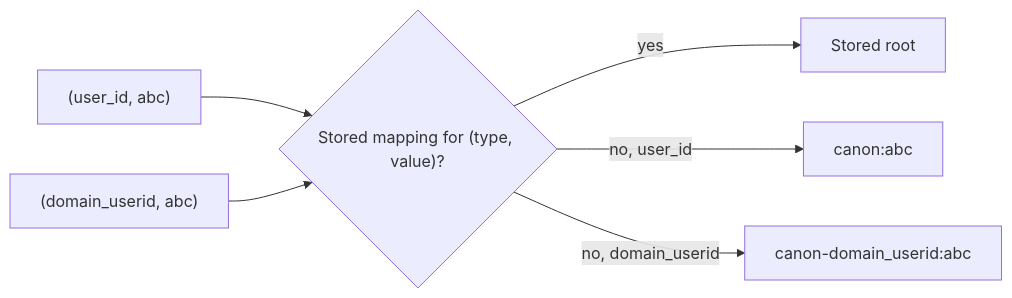
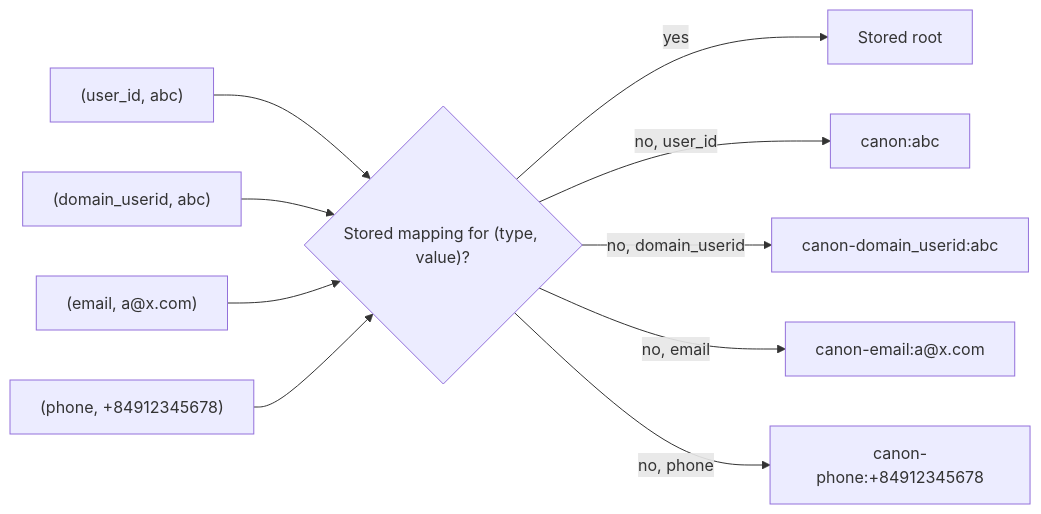
The diagram in docs/internal/architecture/components/identity/identifiers.md (18120158binh/salarose), drawn with Mermaid before and after one commit. The commit also changed other lines of this file and 4 other files, not shown here.

First line of the commit message:
docs(decisions): email and phone as guarded match keys (0047) (#88)

````diff
--- a/docs/internal/architecture/components/identity/identifiers.md
+++ b/docs/internal/architecture/components/identity/identifiers.md
@@ -82,8 +88,12 @@
 ```mermaid
 flowchart LR
     A["(user_id, abc)"] --> K{"Stored mapping for (type, value)?"}
     B["(domain_userid, abc)"] --> K
+    E["(email, a@x.com)"] --> K
+    P["(phone, +84912345678)"] --> K
     K -- yes --> R["Stored root"]
     K -- "no, user_id" --> U["canon:abc"]
     K -- "no, domain_userid" --> D["canon-domain_userid:abc"]
+    K -- "no, email" --> EM["canon-email:a@x.com"]
+    K -- "no, phone" --> PH["canon-phone:+84912345678"]
 ```
````
